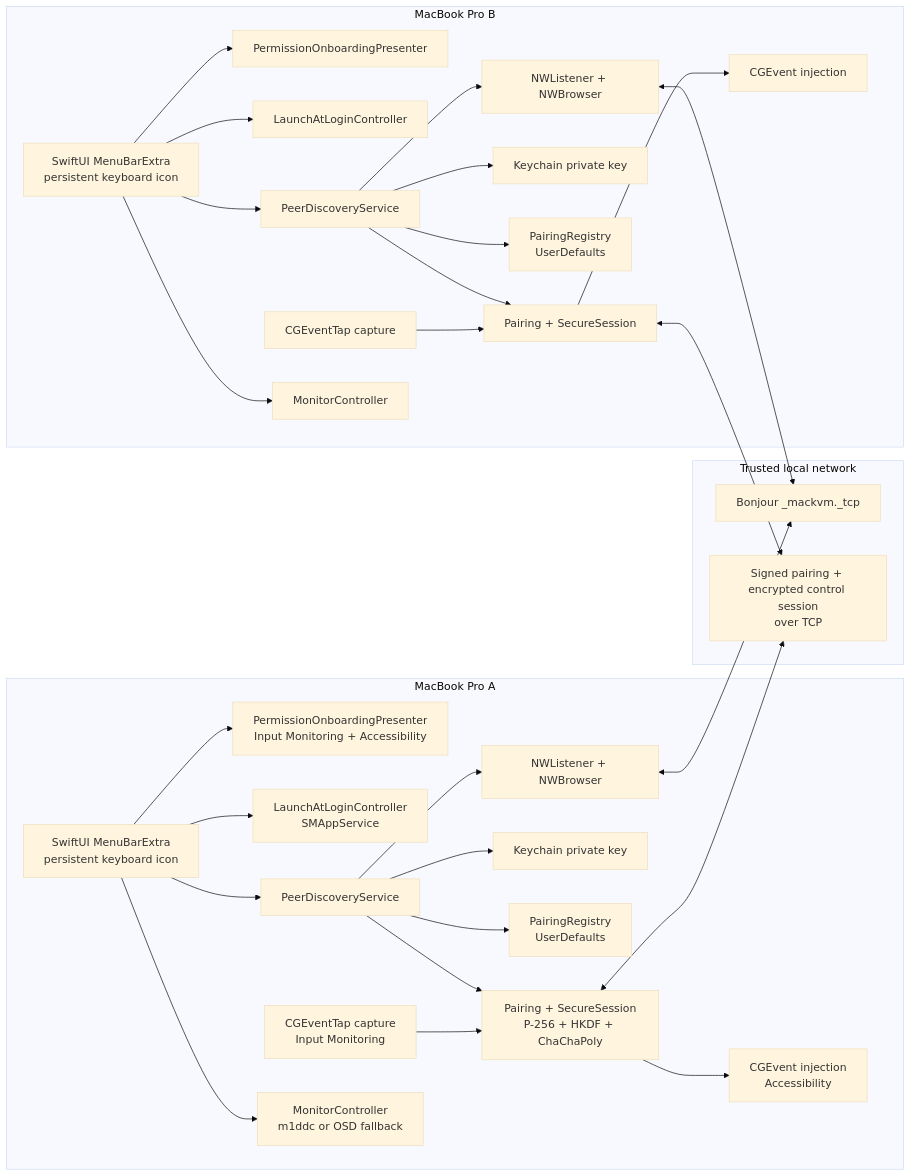
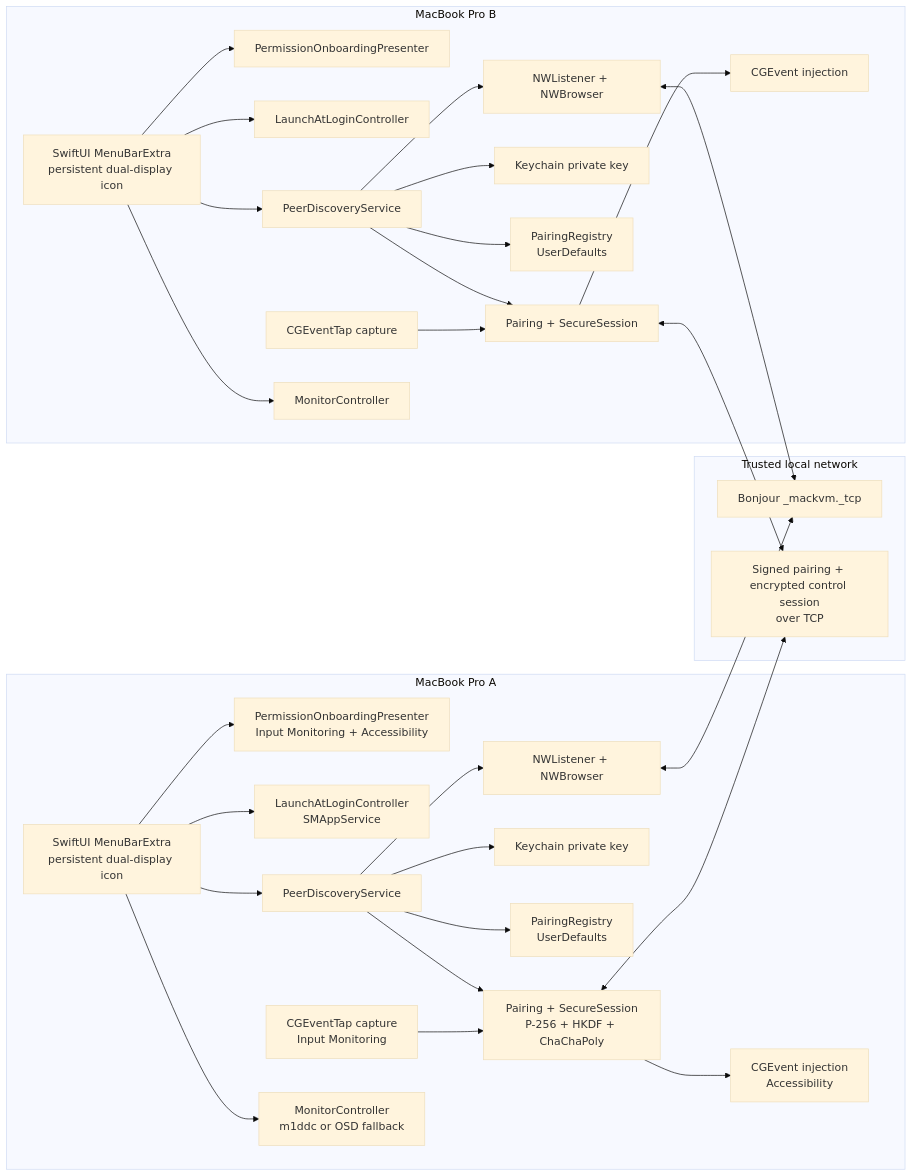
One commit to rudinyu/MacKVM changed the first of 3 diagrams in ARCHITECTURE.md. Above: the diagram before and after it, drawn with Mermaid (base theme). The commit also changed other lines of this file and 4 other files, not shown here.

Commit message:
fix: use dual-display menu bar icon

````diff
--- a/ARCHITECTURE.md
+++ b/ARCHITECTURE.md
@@ -9,60 +9,60 @@
 ```mermaid
 flowchart LR
     subgraph MacA["MacBook Pro A"]
-        UIA["SwiftUI MenuBarExtra<br/>persistent keyboard icon"]
+        UIA["SwiftUI MenuBarExtra<br/>persistent dual-display icon"]
         PermA["PermissionOnboardingPresenter<br/>Input Monitoring + Accessibility"]
         LoginA["LaunchAtLoginController<br/>SMAppService"]
         DA["PeerDiscoveryService"]
         WA["NWListener + NWBrowser"]
         KA["Keychain private key"]
         RA["PairingRegistry<br/>UserDefaults"]
         PA["Pairing + SecureSession<br/>P-256 + HKDF + ChaChaPoly"]
         IA["CGEventTap capture<br/>Input Monitoring"]
         OA["CGEvent injection<br/>Accessibility"]
         MA["MonitorController<br/>m1ddc or OSD fallback"]
         UIA --> DA
         UIA --> PermA
         UIA --> LoginA
         DA --> WA
         DA --> PA
         DA --> KA
         DA --> RA
         IA --> PA
         PA --> OA
         UIA --> MA
     end
 
     subgraph LAN["Trusted local network"]
         Bonjour["Bonjour _mackvm._tcp"]
         TCP["Signed pairing + encrypted control session<br/>over TCP"]
     end
 
     subgraph MacB["MacBook Pro B"]
-        UIB["SwiftUI MenuBarExtra<br/>persistent keyboard icon"]
+        UIB["SwiftUI MenuBarExtra<br/>persistent dual-display icon"]
         PermB["PermissionOnboardingPresenter"]
         LoginB["LaunchAtLoginController"]
         DB["PeerDiscoveryService"]
         WB["NWListener + NWBrowser"]
         KB["Keychain private key"]
         RB["PairingRegistry<br/>UserDefaults"]
         PB["Pairing + SecureSession"]
         IB["CGEventTap capture"]
         OB["CGEvent injection"]
         MB["MonitorController"]
         UIB --> DB
         UIB --> PermB
         UIB --> LoginB
         DB --> WB
         DB --> PB
         DB --> KB
         DB --> RB
         IB --> PB
         PB --> OB
         UIB --> MB
     end
 
     WA <--> Bonjour
     WB <--> Bonjour
     PA <--> TCP
     PB <--> TCP
 ```
````
